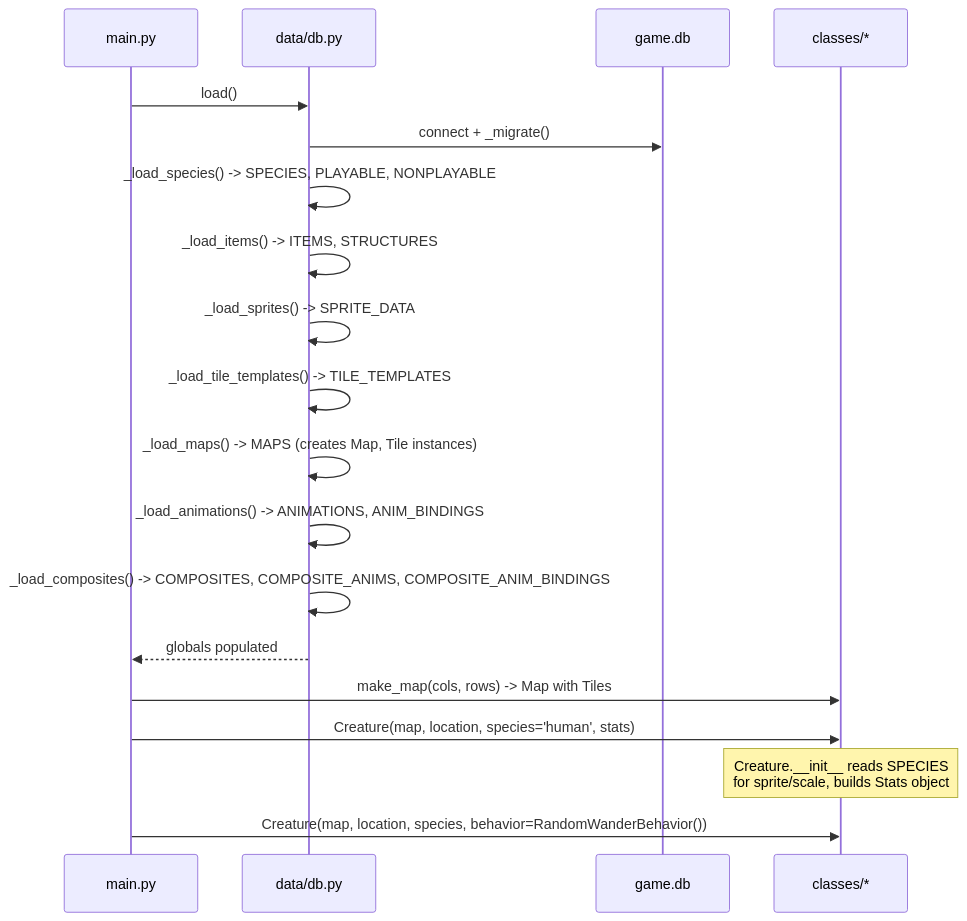
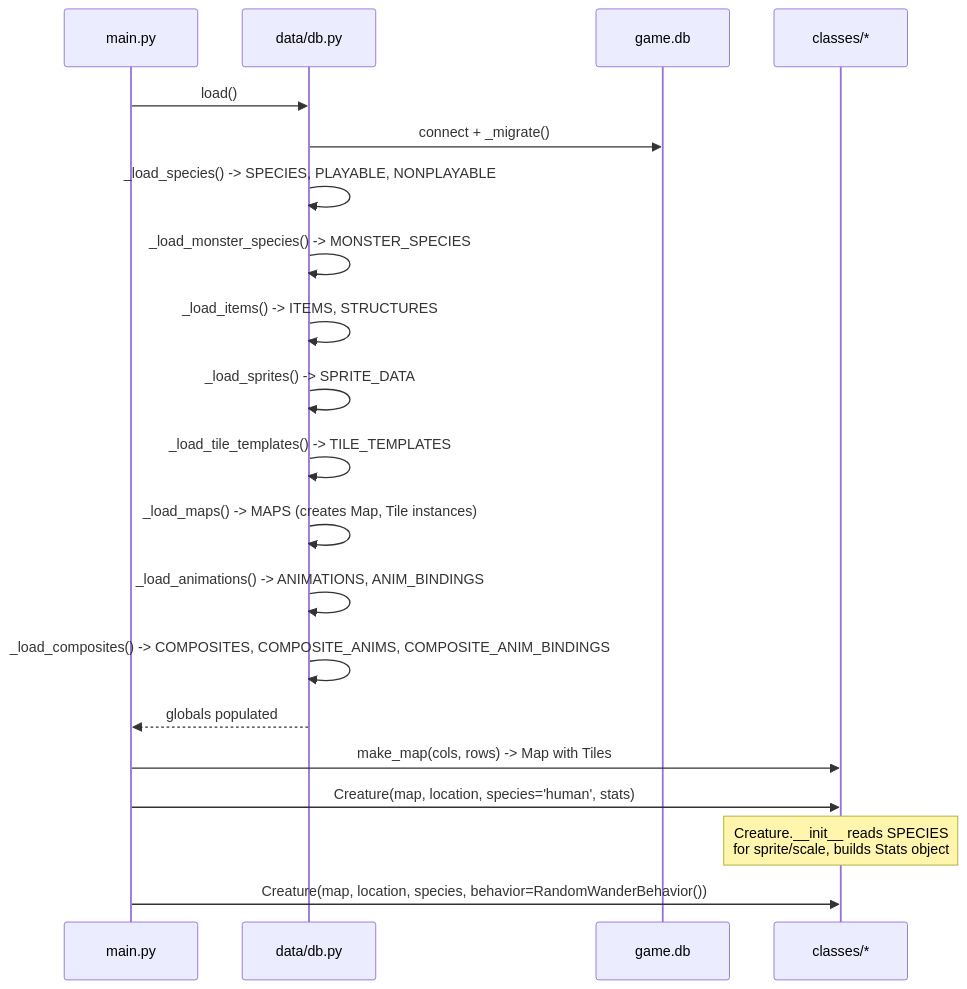
The first of 6 diagrams in docs/ERDs/data_flow.md (JOL11235813213455/game), drawn with Mermaid before and after one commit. The commit also changed other lines of this file and 5 other files, not shown here.

First line of the commit message:
ERD updates for monster/pack feature

````diff
--- a/docs/ERDs/data_flow.md
+++ b/docs/ERDs/data_flow.md
@@ -5,23 +5,24 @@
 ```mermaid
 sequenceDiagram
     participant M as main.py
     participant DB as data/db.py
     participant SQLite as game.db
     participant Classes as classes/*
 
     M->>DB: load()
     DB->>SQLite: connect + _migrate()
     DB->>DB: _load_species() -> SPECIES, PLAYABLE, NONPLAYABLE
+    DB->>DB: _load_monster_species() -> MONSTER_SPECIES
     DB->>DB: _load_items() -> ITEMS, STRUCTURES
     DB->>DB: _load_sprites() -> SPRITE_DATA
     DB->>DB: _load_tile_templates() -> TILE_TEMPLATES
     DB->>DB: _load_maps() -> MAPS (creates Map, Tile instances)
     DB->>DB: _load_animations() -> ANIMATIONS, ANIM_BINDINGS
     DB->>DB: _load_composites() -> COMPOSITES, COMPOSITE_ANIMS, COMPOSITE_ANIM_BINDINGS
     DB-->>M: globals populated
 
     M->>Classes: make_map(cols, rows) -> Map with Tiles
     M->>Classes: Creature(map, location, species='human', stats)
     Note over Classes: Creature.__init__ reads SPECIES<br/>for sprite/scale, builds Stats object
     M->>Classes: Creature(map, location, species, behavior=RandomWanderBehavior())
 ```
````
